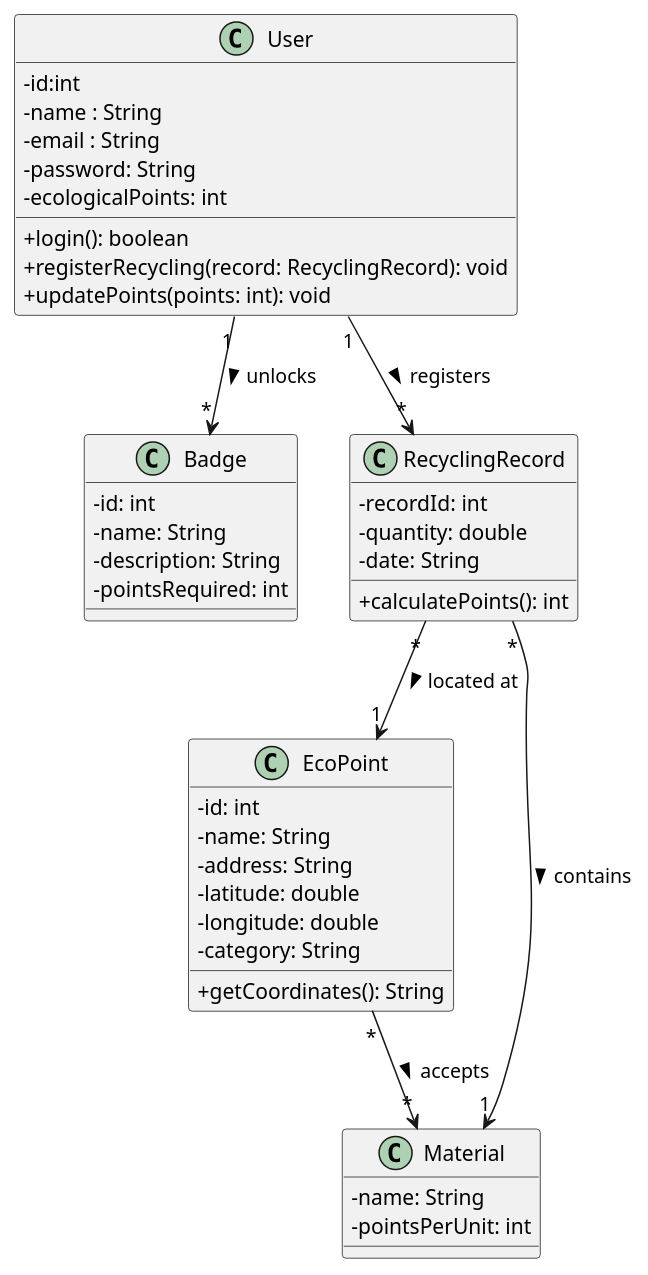
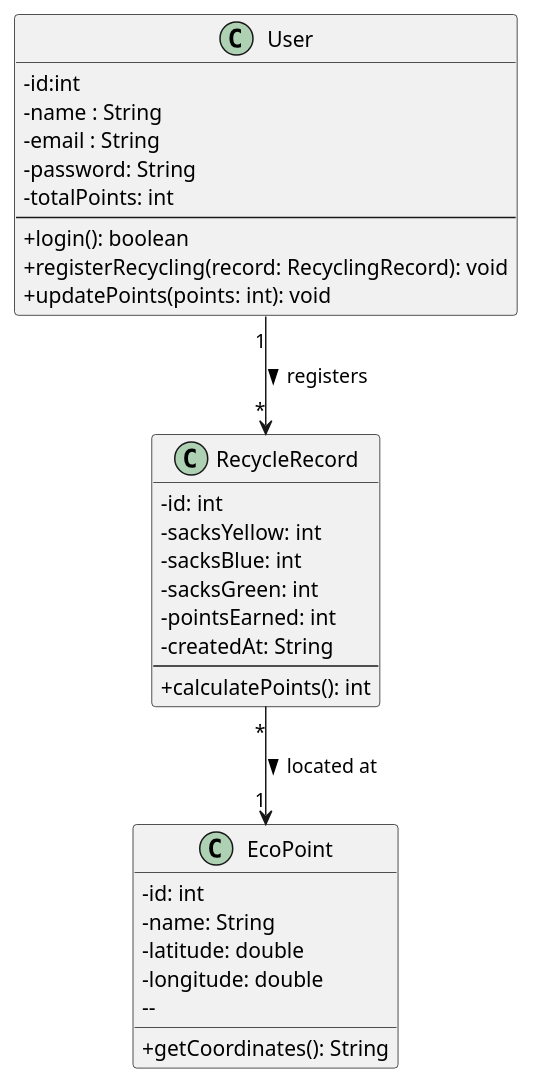
One commit to Sw33t23/DSSMV_ProjectDroid_1241270_1251443 changed the diagram in Documentation/puml/Class Diagram.puml. Above: the diagram before and after it, drawn with PlantUML.

Commit message:
docs: Update Class Diagram

```diff
--- a/Documentation/puml/Class Diagram.puml
+++ b/Documentation/puml/Class Diagram.puml
@@ -1,45 +1,36 @@
 @startuml
 'https://plantuml.com/use-case-diagram
 skinparam classAttributeIconSize 0
 
 class User {
     - id:int
     - name : String
     - email : String
     - password: String
-    - ecologicalPoints: int
+    - totalPoints: int
+    --
     + login(): boolean
     + registerRecycling(record: RecyclingRecord): void
     + updatePoints(points: int): void
 }
-class Badge {
-  - id: int
-  - name: String
-  - description: String
-  - pointsRequired: int
-}
-class RecyclingRecord {
-  - recordId: int
-  - quantity: double
-  - date: String
+class RecycleRecord {
+  -id: int
+  - sacksYellow: int
+  - sacksBlue: int
+  - sacksGreen: int
+  - pointsEarned: int
+  - createdAt: String
+  --
   + calculatePoints(): int
 }
 class EcoPoint {
   - id: int
   - name: String
-  - address: String
   - latitude: double
   - longitude: double
-  - category: String
+    --
   + getCoordinates(): String
 }
-class Material {
-  - name: String
-  - pointsPerUnit: int
-}
-User "1" --> "*" Badge : unlocks >
-User "1" --> "*" RecyclingRecord : registers >
-RecyclingRecord "*" --> "1" Material : contains >
-RecyclingRecord "*" --> "1" EcoPoint : located at >
-EcoPoint "*" --> "*" Material : accepts >
+User "1" --> "*" RecycleRecord : registers >
+RecycleRecord "*" --> "1" EcoPoint : located at >
 @enduml
```
